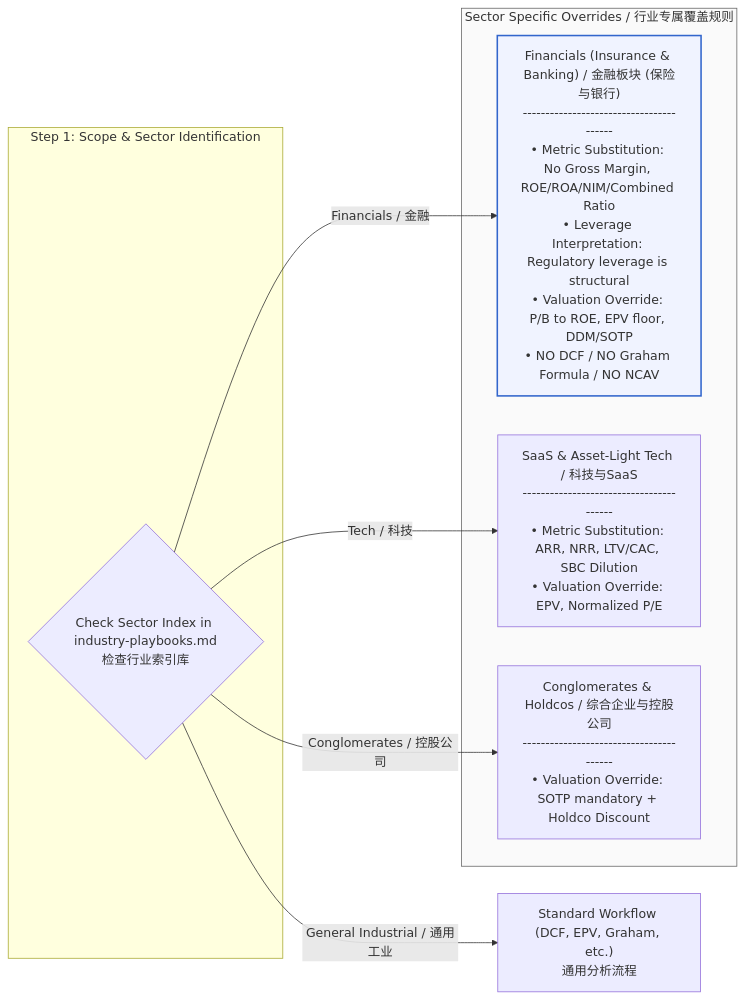
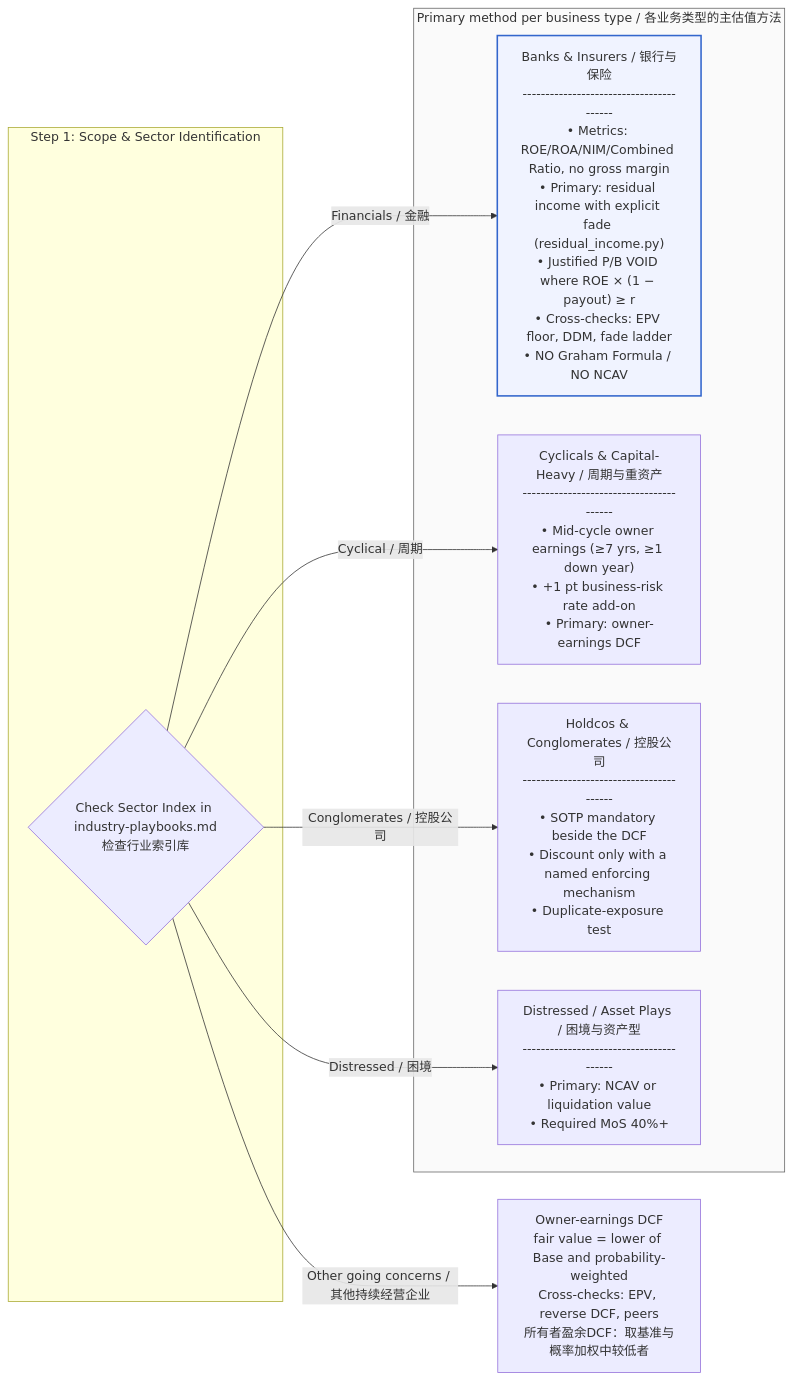
The sixth of 9 diagrams in value_investing_skill_mermaid_architecture.md (mikezhang09-code/value-investment-skills), drawn with Mermaid before and after one commit. The commit also changed other lines of this file and 1 other file, not shown here.

First line of the commit message:
docs: update README and architecture diagrams for the data gate and new valuation method

````diff
--- a/value_investing_skill_mermaid_architecture.md
+++ b/value_investing_skill_mermaid_architecture.md
@@ -194,20 +231,22 @@
 ```mermaid
 flowchart LR
     subgraph Step1_Scope ["Step 1: Scope & Sector Identification"]
         IndCheck{"Check Sector Index in industry-playbooks.md<br>检查行业索引库"}
     end
 
-    subgraph Sector_Overrides ["Sector Specific Overrides / 行业专属覆盖规则"]
-        FinOverride["Financials (Insurance & Banking) / 金融板块 (保险与银行)<br>----------------------------------------<br>• Metric Substitution: No Gross Margin, ROE/ROA/NIM/Combined Ratio<br>• Leverage Interpretation: Regulatory leverage is structural<br>• Valuation Override: P/B to ROE, EPV floor, DDM/SOTP<br>• NO DCF / NO Graham Formula / NO NCAV"]
-        TechOverride["SaaS & Asset-Light Tech / 科技与SaaS<br>----------------------------------------<br>• Metric Substitution: ARR, NRR, LTV/CAC, SBC Dilution<br>• Valuation Override: EPV, Normalized P/E"]
-        HoldcoOverride["Conglomerates & Holdcos / 综合企业与控股公司<br>----------------------------------------<br>• Valuation Override: SOTP mandatory + Holdco Discount"]
+    subgraph Sector_Overrides ["Primary method per business type / 各业务类型的主估值方法"]
+        FinOverride["Banks & Insurers / 银行与保险<br>----------------------------------------<br>• Metrics: ROE/ROA/NIM/Combined Ratio, no gross margin<br>• Primary: residual income with explicit fade (residual_income.py)<br>• Justified P/B VOID where ROE × (1 − payout) ≥ r<br>• Cross-checks: EPV floor, DDM, fade ladder<br>• NO Graham Formula / NO NCAV"]
+        CycOverride["Cyclicals & Capital-Heavy / 周期与重资产<br>----------------------------------------<br>• Mid-cycle owner earnings (≥7 yrs, ≥1 down year)<br>• +1 pt business-risk rate add-on<br>• Primary: owner-earnings DCF"]
+        HoldcoOverride["Holdcos & Conglomerates / 控股公司<br>----------------------------------------<br>• SOTP mandatory beside the DCF<br>• Discount only with a named enforcing mechanism<br>• Duplicate-exposure test"]
+        DistOverride["Distressed / Asset Plays / 困境与资产型<br>----------------------------------------<br>• Primary: NCAV or liquidation value<br>• Required MoS 40%+"]
     end
 
     IndCheck -->|Financials / 金融| FinOverride
-    IndCheck -->|Tech / 科技| TechOverride
+    IndCheck -->|Cyclical / 周期| CycOverride
     IndCheck -->|Conglomerates / 控股公司| HoldcoOverride
-    IndCheck -->|General Industrial / 通用工业| GenericFlow["Standard Workflow (DCF, EPV, Graham, etc.)<br>通用分析流程"]
+    IndCheck -->|Distressed / 困境| DistOverride
+    IndCheck -->|Other going concerns / 其他持续经营企业| GenericFlow["Owner-earnings DCF<br>fair value = lower of Base and probability-weighted<br>Cross-checks: EPV, reverse DCF, peers<br>所有者盈余DCF：取基准与概率加权中较低者"]
 
     style FinOverride fill:#f0f3ff,stroke:#3366cc,stroke-width:2px
     style Sector_Overrides fill:#fafafa,stroke:#666,stroke-width:1px
 ```
````
